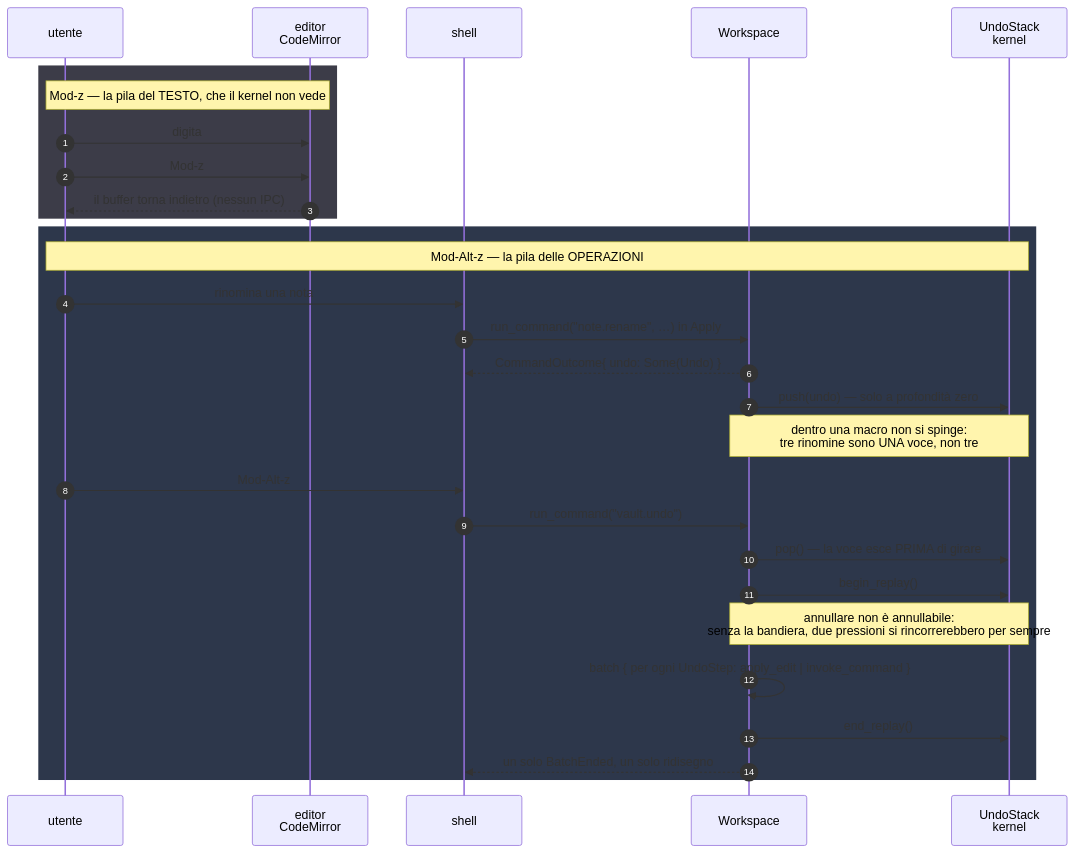
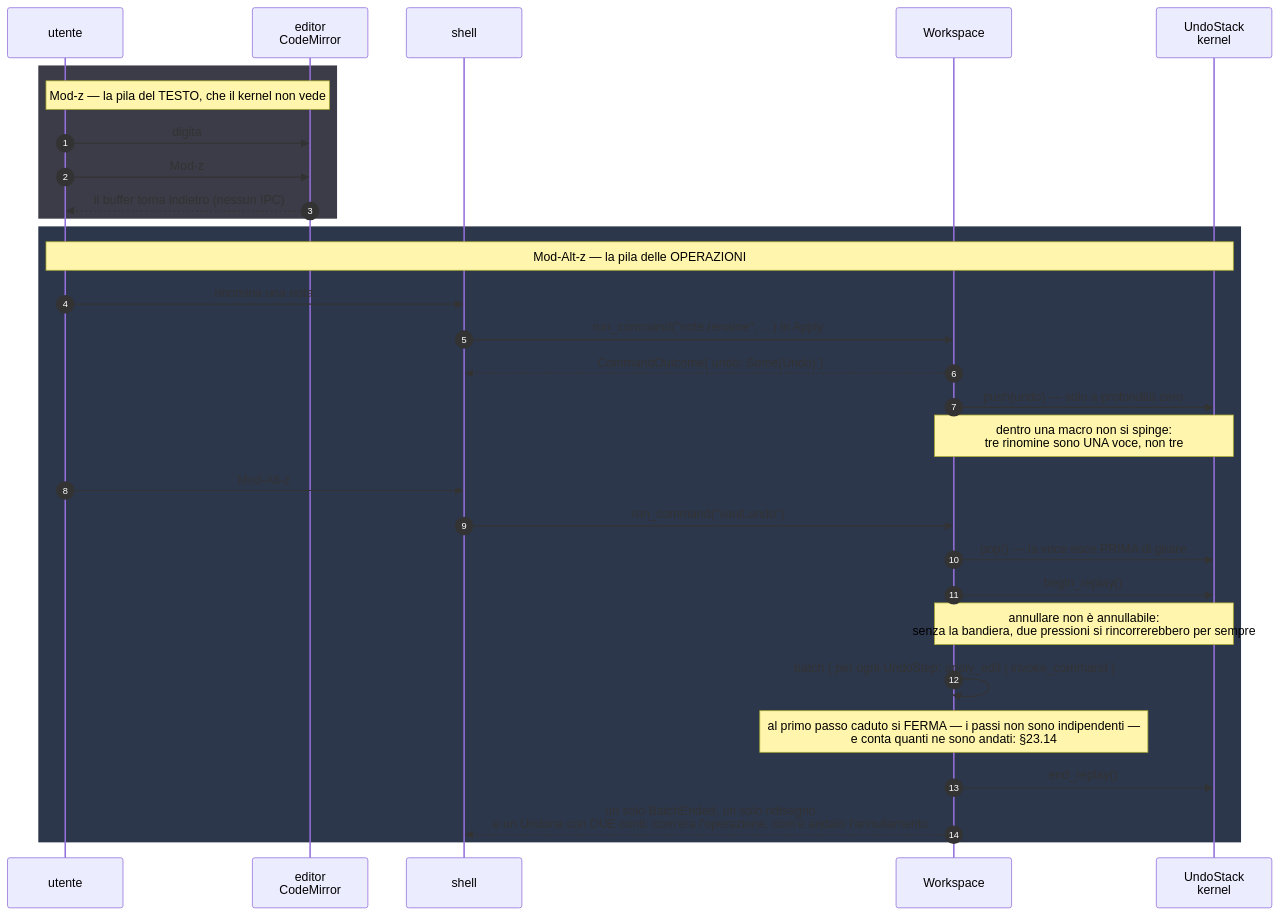
Before and after one commit to Fubeo/Fub: the first of 2 diagrams in docs/architecture/traits.md, drawn with Mermaid. The commit also changed other lines of this file and 27 other files, not shown here.

Commit message:
feat(abi,kernel,host,features,sdk,shell,docs): un'operazione a metà lo dice con un conto invece che con una frase, e annullarla non butta più ciò che ha fatto

````diff
--- a/docs/architecture/traits.md
+++ b/docs/architecture/traits.md
@@ -503,33 +503,34 @@
 ```mermaid
 sequenceDiagram
     autonumber
     participant U as utente
     participant E as editor<br/>CodeMirror
     participant Sh as shell
     participant W as Workspace
     participant St as UndoStack<br/>kernel
 
     rect rgb(60,60,72)
     Note over U,E: Mod-z — la pila del TESTO, che il kernel non vede
     U->>E: digita
     U->>E: Mod-z
     E-->>U: il buffer torna indietro (nessun IPC)
     end
 
     rect rgb(45,55,75)
     Note over U,St: Mod-Alt-z — la pila delle OPERAZIONI
     U->>Sh: rinomina una nota
     Sh->>W: run_command("note.rename", …) in Apply
     W-->>Sh: CommandOutcome{ undo: Some(Undo) }
     W->>St: push(undo) — solo a profondità zero
     Note over W,St: dentro una macro non si spinge:<br/>tre rinomine sono UNA voce, non tre
     U->>Sh: Mod-Alt-z
     Sh->>W: run_command("vault.undo")
     W->>St: pop() — la voce esce PRIMA di girare
     W->>St: begin_replay()
     Note over W,St: annullare non è annullabile:<br/>senza la bandiera, due pressioni si rincorrerebbero per sempre
     W->>W: batch { per ogni UndoStep: apply_edit | invoke_command }
+    Note over W: al primo passo caduto si FERMA — i passi non sono indipendenti —<br/>e conta quanti ne sono andati: §23.14
     W->>St: end_replay()
-    W-->>Sh: un solo BatchEnded, un solo ridisegno
+    W-->>Sh: un solo BatchEnded, un solo ridisegno<br/>e un Undone con DUE conti: com'era l'operazione, com'è andato l'annullamento
     end
 ```
````
